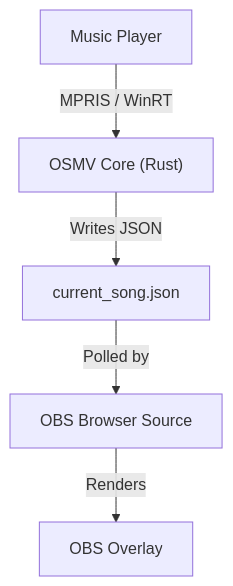
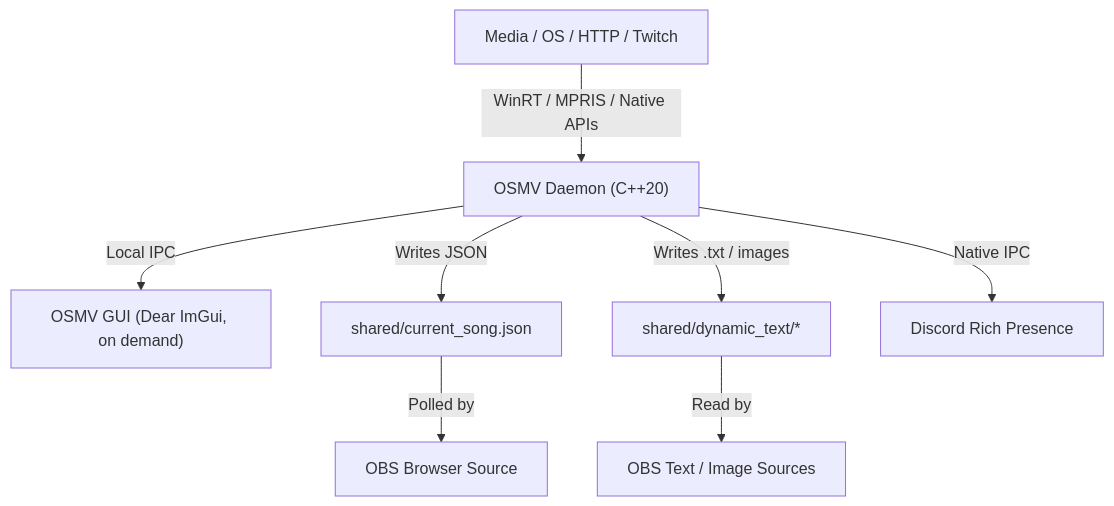
One commit to StreamMusicViewer/.github changed the diagram in profile/README.md. Above: the diagram before and after it, drawn with Mermaid. The commit also changed other lines of this file, not shown here.

````diff
--- a/profile/README.md
+++ b/profile/README.md
@@ -23,7 +25,10 @@
 ```mermaid
 graph TD
-    A[Music Player] -->|MPRIS / WinRT| B["OSMV Core (Rust)"]
-    B -->|Writes JSON| C[current_song.json]
+    A[Media / OS / HTTP / Twitch] -->|WinRT / MPRIS / Native APIs| B["OSMV Daemon (C++20)"]
+    B -->|Local IPC| G["OSMV GUI (Dear ImGui, on demand)"]
+    B -->|Writes JSON| C[shared/current_song.json]
+    B -->|Writes .txt / images| F[shared/dynamic_text/*]
+    B -->|Native IPC| H[Discord Rich Presence]
     C -->|Polled by| D[OBS Browser Source]
-    D -->|Renders| E[OBS Overlay]
+    F -->|Read by| E[OBS Text / Image Sources]
 ```
````
